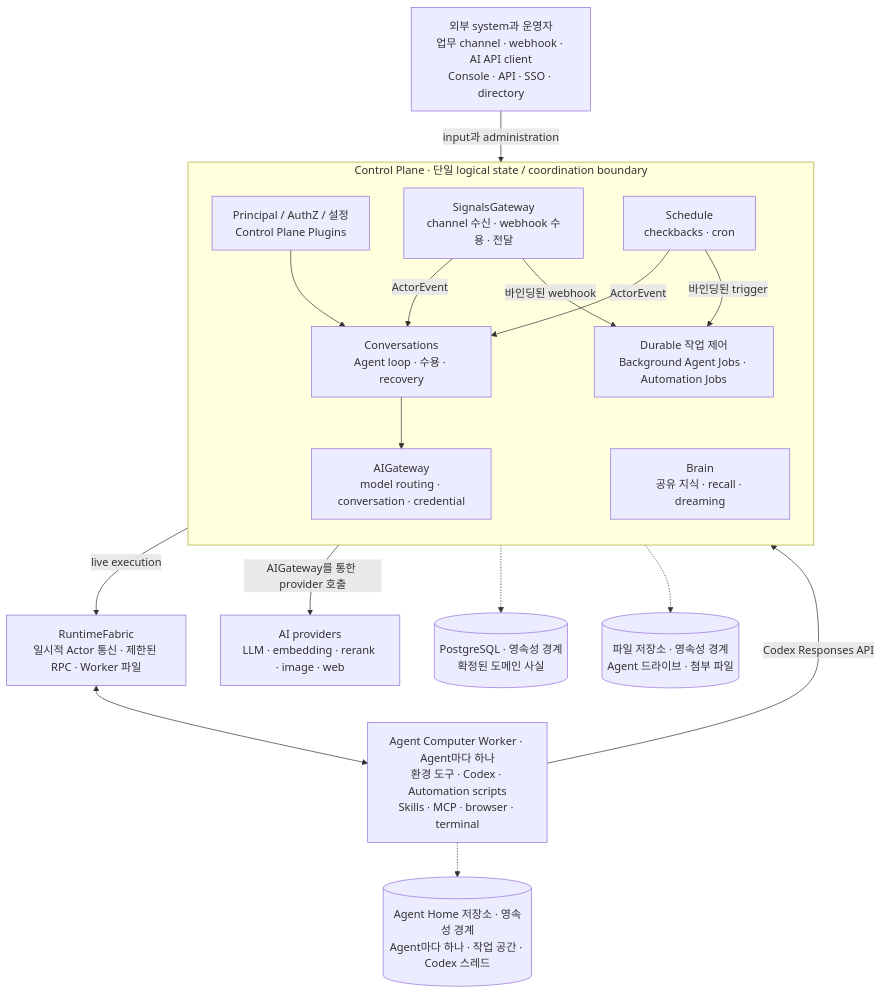
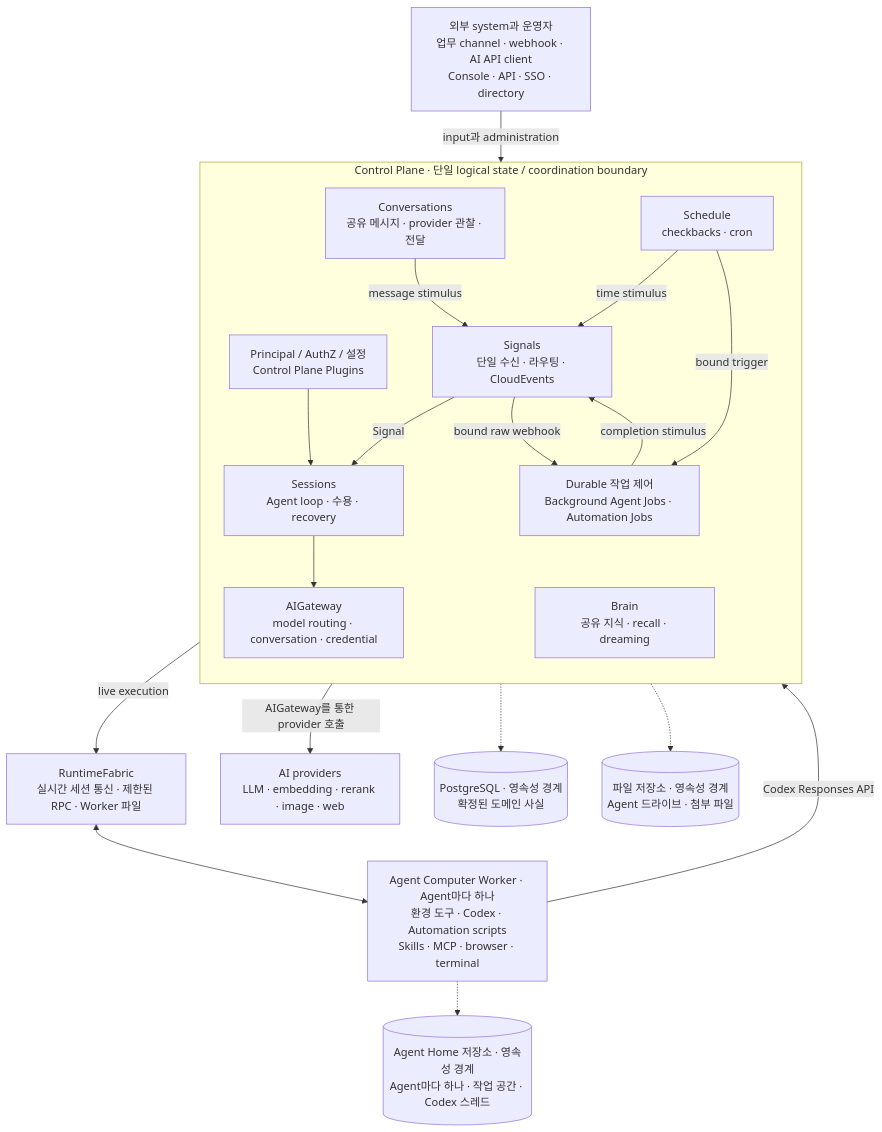
One commit to AgentBull/ankole changed the diagram in README.ko.md. Above: the diagram before and after it, drawn with Mermaid. The commit also changed other lines of this file and 240 other files, not shown here.

````diff
--- a/README.ko.md
+++ b/README.ko.md
@@ -153,38 +152,41 @@
 ```mermaid
 flowchart TB
   External["외부 system과 운영자<br/>업무 channel · webhook · AI API client<br/>Console · API · SSO · directory"]
 
   subgraph Control["Control Plane · 단일 logical state / coordination boundary"]
     direction TB
     Platform["Principal / AuthZ / 설정<br/>Control Plane Plugins"]
-    SG["SignalsGateway<br/>channel 수신 · webhook 수용 · 전달"]
+    Convo["Conversations<br/>공유 메시지 · provider 관찰 · 전달"]
+    Signals["Signals<br/>단일 수신 · 라우팅 · CloudEvents"]
     Schedule["Schedule<br/>checkbacks · cron"]
-    Runtime["Conversations<br/>Agent loop · 수용 · recovery"]
+    Runtime["Sessions<br/>Agent loop · 수용 · recovery"]
     Jobs["Durable 작업 제어<br/>Background Agent Jobs · Automation Jobs"]
     Brain["Brain<br/>공유 지식 · recall · dreaming"]
     AI["AIGateway<br/>model routing · conversation · credential"]
   end
 
-  Fabric["RuntimeFabric<br/>일시적 Actor 통신 · 제한된 RPC · Worker 파일"]
+  Fabric["RuntimeFabric<br/>실시간 세션 통신 · 제한된 RPC · Worker 파일"]
   Workers["Agent Computer Worker · Agent마다 하나<br/>환경 도구 · Codex · Automation scripts<br/>Skills · MCP · browser · terminal"]
   Providers["AI providers<br/>LLM · embedding · rerank · image · web"]
 
   PG[("PostgreSQL · 영속성 경계<br/>확정된 도메인 사실")]
   Files[("파일 저장소 · 영속성 경계<br/>Agent 드라이브 · 첨부 파일")]
   Homes[("Agent Home 저장소 · 영속성 경계<br/>Agent마다 하나 · 작업 공간 · Codex 스레드")]
 
   External -->|"input과 administration"| Control
-  SG -->|"ActorEvent"| Runtime
-  Schedule -->|"ActorEvent"| Runtime
-  SG -->|"바인딩된 webhook"| Jobs
-  Schedule -->|"바인딩된 trigger"| Jobs
+  Convo -->|"message stimulus"| Signals
+  Schedule -->|"time stimulus"| Signals
+  Jobs -->|"completion stimulus"| Signals
+  Signals -->|"Signal"| Runtime
+  Signals -->|"bound raw webhook"| Jobs
+  Schedule -->|"bound trigger"| Jobs
   Platform --> Runtime
   Runtime --> AI
   Control -->|"live execution"| Fabric
   Fabric <--> Workers
   Workers -->|"Codex Responses API"| AI
   Control -->|"AIGateway를 통한 provider 호출"| Providers
   Control -.-> PG
   Control -.-> Files
   Workers -.-> Homes
 ```
````
